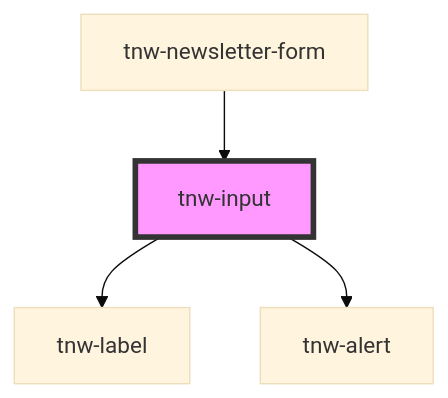
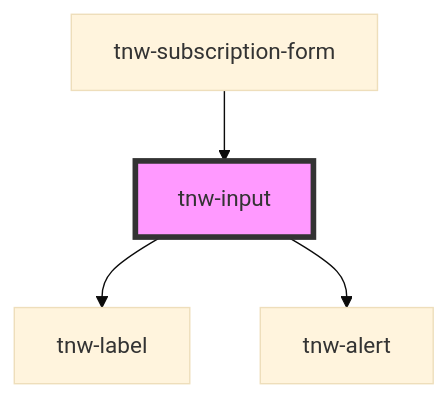
The diagram in packages/stencil-library/src/components/tnw-input/readme.md (technway/technway-component-library), drawn with Mermaid (base theme) before and after one commit. The commit also changed other lines of this file and 47 other files, not shown here.

First line of the commit message:
refactor: rename tnw-newsletter-form to tnw-subscription-form

````diff
--- a/packages/stencil-library/src/components/tnw-input/readme.md
+++ b/packages/stencil-library/src/components/tnw-input/readme.md
@@ -106,7 +106,7 @@
 ```mermaid
 graph TD;
   tnw-input --> tnw-label
   tnw-input --> tnw-alert
-  tnw-newsletter-form --> tnw-input
+  tnw-subscription-form --> tnw-input
   style tnw-input fill:#f9f,stroke:#333,stroke-width:4px
 ```
````
